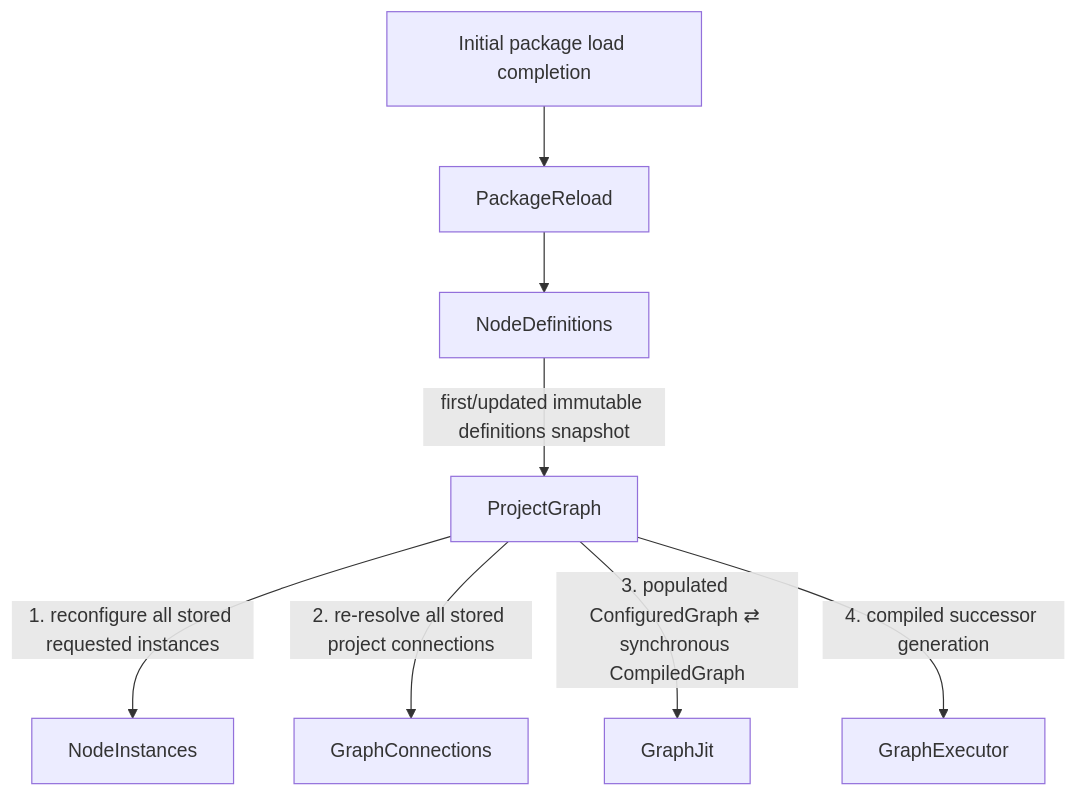
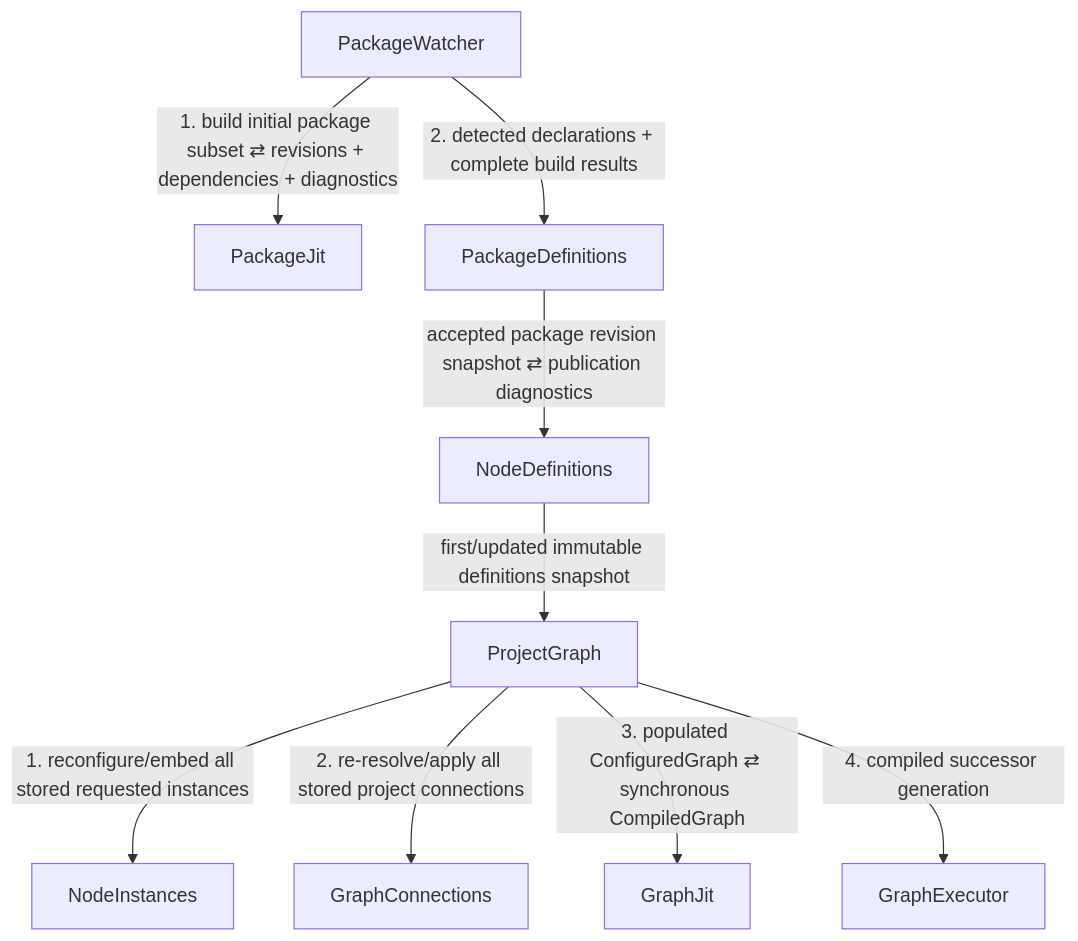
One commit to ljleb/intravenous changed the second of 2 diagrams in docs/event_flows/startup_and_project_replay.md. Above: the diagram before and after it, drawn with Mermaid. The commit also changed other lines of this file and 13 other files, not shown here.

````diff
--- a/docs/event_flows/startup_and_project_replay.md
+++ b/docs/event_flows/startup_and_project_replay.md
@@ -44,19 +47,21 @@
 ```mermaid
 flowchart TD
-    SRC["Initial package load completion"]
-    PR["PackageReload"]
+    PW["PackageWatcher"]
+    PJ["PackageJit"]
+    PD["PackageDefinitions"]
     ND["NodeDefinitions"]
     PG["ProjectGraph"]
     NI["NodeInstances"]
     GC["GraphConnections"]
     GJ["GraphJit"]
     GE["GraphExecutor"]
 
-    SRC --> PR
-    PR --> ND
+    PW -->|"1. build initial package subset ⇄ revisions + dependencies + diagnostics"| PJ
+    PW -->|"2. detected declarations + complete build results"| PD
+    PD -->|"accepted package revision snapshot ⇄ publication diagnostics"| ND
     ND -->|"first/updated immutable definitions snapshot"| PG
-    PG -->|"1. reconfigure all stored requested instances"| NI
-    PG -->|"2. re-resolve all stored project connections"| GC
+    PG -->|"1. reconfigure/embed all stored requested instances"| NI
+    PG -->|"2. re-resolve/apply all stored project connections"| GC
     PG -->|"3. populated ConfiguredGraph ⇄ synchronous CompiledGraph"| GJ
     PG -->|"4. compiled successor generation"| GE
 ```
````
